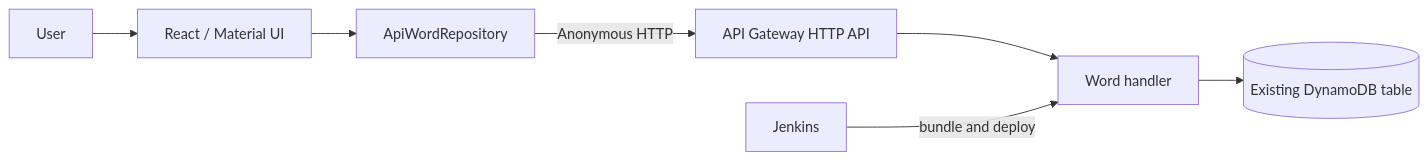
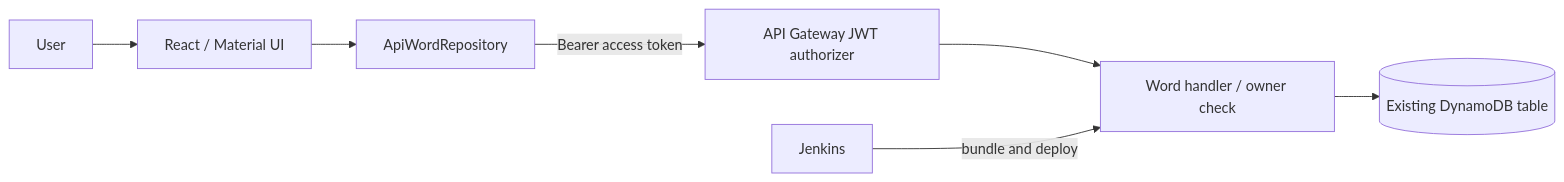
The diagram in docs/architecture/overview.md (AriLocke31/Zh-Card), drawn with Mermaid before and after one commit. The commit also changed other lines of this file and 20 other files, not shown here.

````diff
--- a/docs/architecture/overview.md
+++ b/docs/architecture/overview.md
@@ -5,9 +5,9 @@
 ```mermaid
 flowchart LR
     User --> UI[React / Material UI]
     UI --> Repo[ApiWordRepository]
-    Repo -->|Anonymous HTTP| API[API Gateway HTTP API]
-    API --> Lambda[Word handler]
+    Repo -->|Bearer access token| API[API Gateway JWT authorizer]
+    API --> Lambda[Word handler / owner check]
     Lambda --> DB[(Existing DynamoDB table)]
     Jenkins -->|bundle and deploy| Lambda
 ```
````
